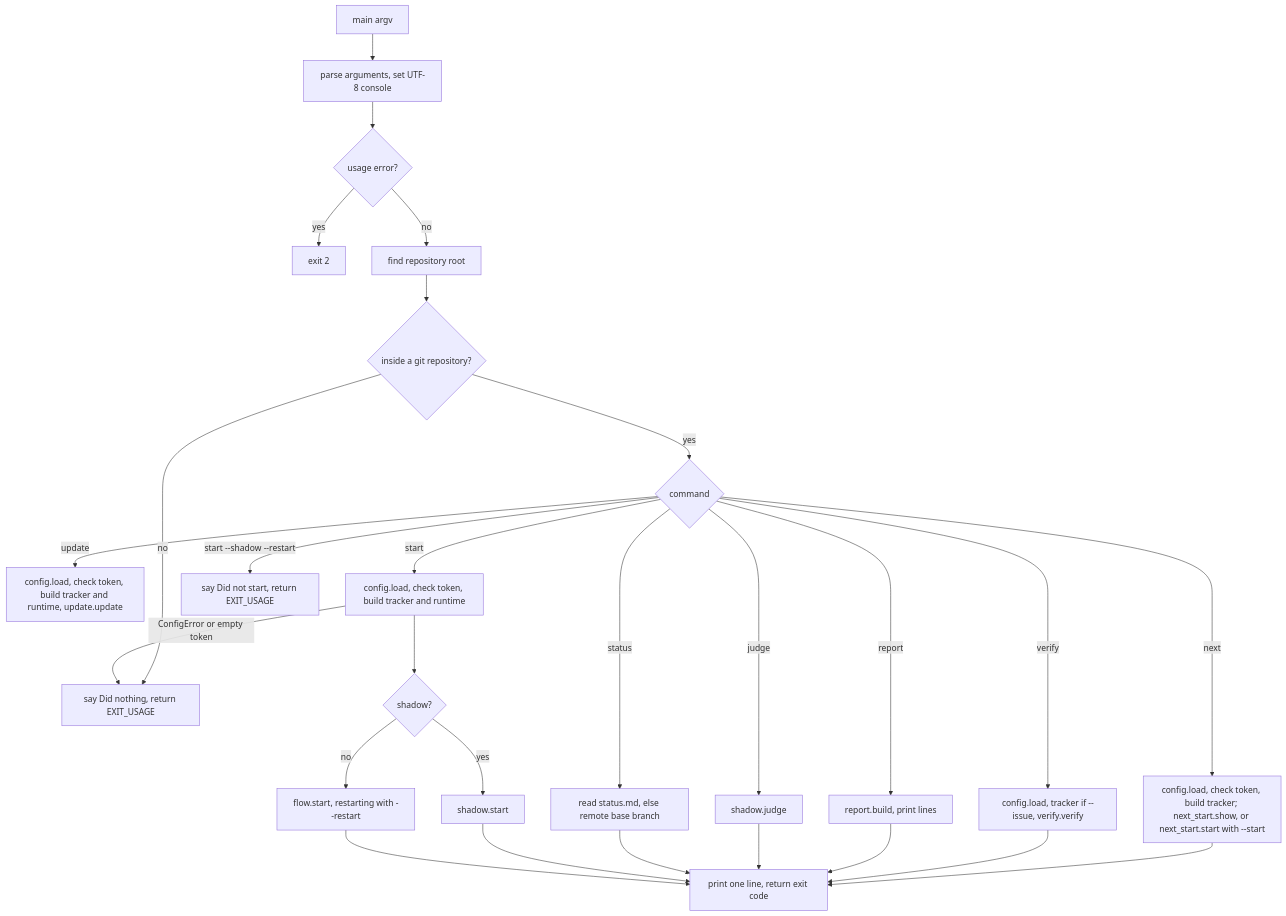
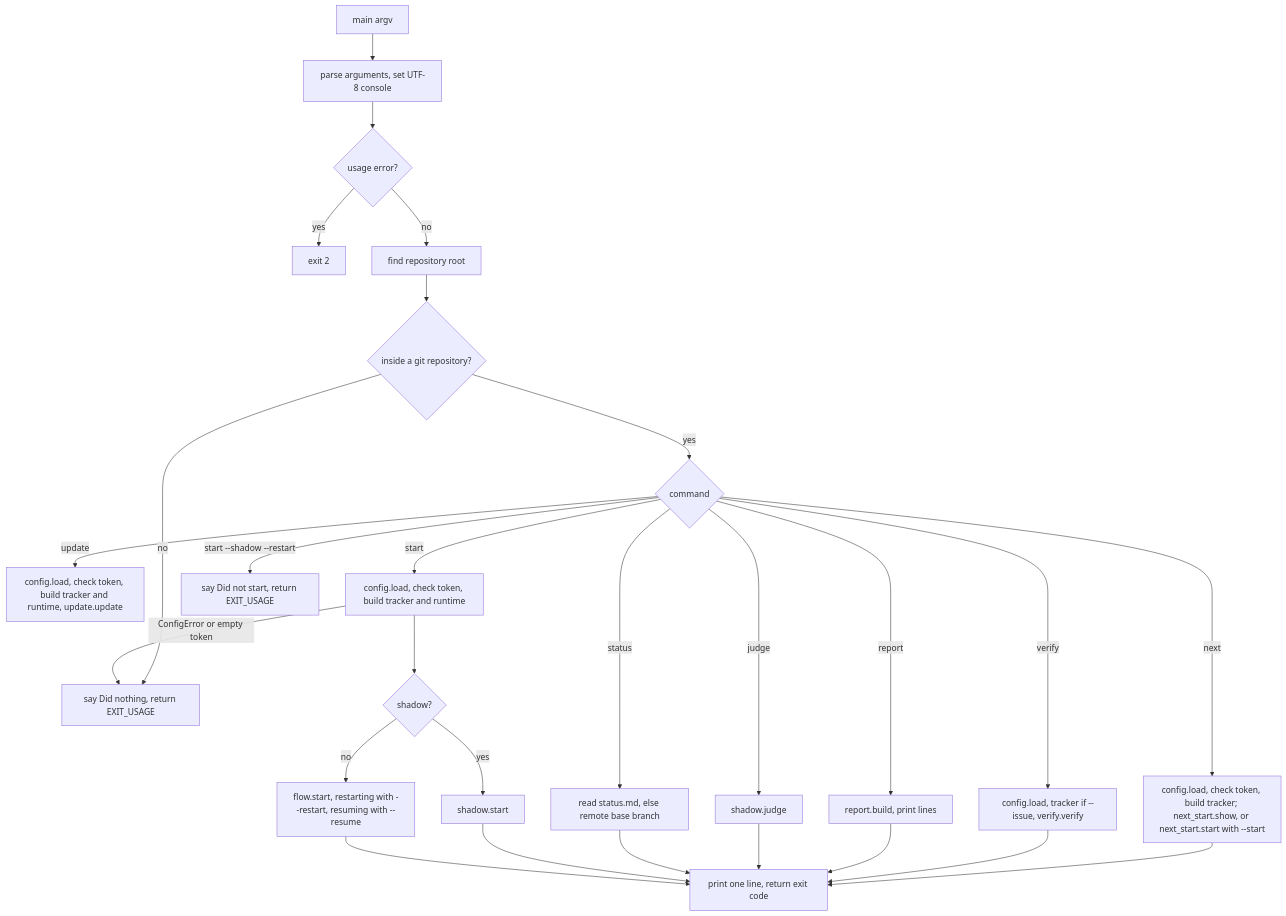
Before and after one commit to plaplanche/ariane: the first of 3 diagrams in docs/architecture/modules/cli.md, drawn with Mermaid. The commit also changed other lines of this file and 43 other files, not shown here.

````diff
--- a/docs/architecture/modules/cli.md
+++ b/docs/architecture/modules/cli.md
@@ -26,30 +26,30 @@
 ```mermaid
 flowchart TD
   A[main argv] --> B[parse arguments, set UTF-8 console]
   B --> C{usage error?}
   C -- yes --> X[exit 2]
   C -- no --> D[find repository root]
   D --> E{inside a git repository?}
   E -- no --> U[say Did nothing, return EXIT_USAGE]
   E -- yes --> F{command}
   F -- report --> R[report.build, print lines]
   F -- judge --> J[shadow.judge]
   F -- verify --> V[config.load, tracker if --issue, verify.verify]
   F -- update --> W[config.load, check token, build tracker and runtime, update.update]
   F -- status --> S[read status.md, else remote base branch]
   F -- next --> N[config.load, check token, build tracker; next_start.show, or next_start.start with --start]
   N --> Z
   F -- start --> T[config.load, check token, build tracker and runtime]
   F -- "start --shadow --restart" --> X2[say Did not start, return EXIT_USAGE]
   T --> G{shadow?}
   G -- yes --> H[shadow.start]
-  G -- no --> I[flow.start, restarting with --restart]
+  G -- no --> I[flow.start, restarting with --restart, resuming with --resume]
   V --> Z
   R --> Z
   J --> Z
   S --> Z
   H --> Z
   I --> Z
   Z[print one line, return exit code]
   T -- ConfigError or empty token --> U
 ```
````
